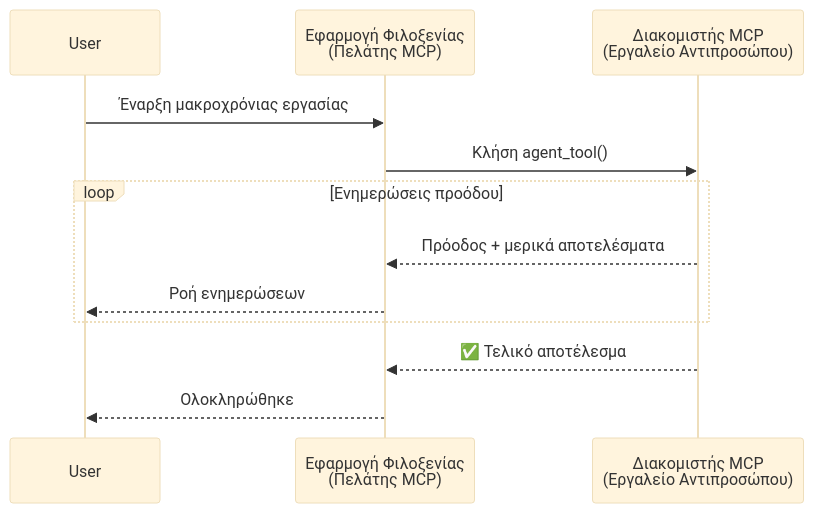
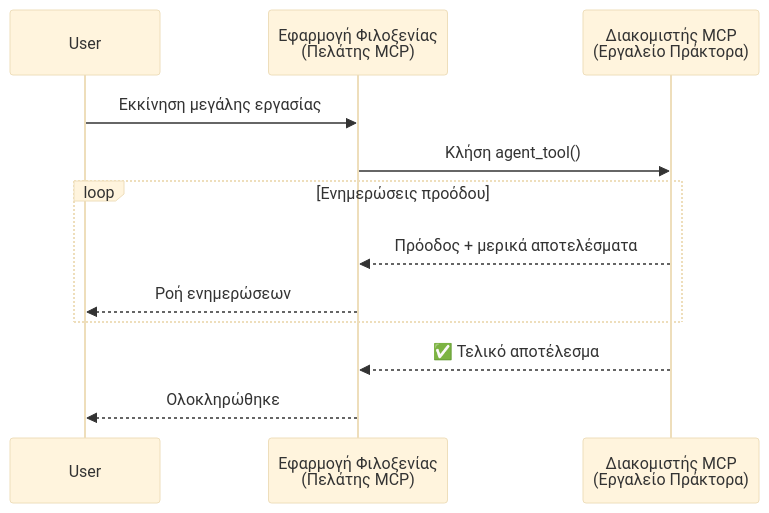
The first of 5 diagrams in mirrors/repos/microsoft@ai-agents-for-beginners/translations/el/11-agentic-protocols/code_samples/mcp-agents/README.md (gabrielmoreira/agent-skills-mirror), drawn with Mermaid (base theme) before and after one commit. The commit also changed other lines of this file and 4262 other files, not shown here.

````diff
--- a/mirrors/repos/microsoft@ai-agents-for-beginners/translations/el/11-agentic-protocols/code_samples/mcp-agents/README.md
+++ b/mirrors/repos/microsoft@ai-agents-for-beginners/translations/el/11-agentic-protocols/code_samples/mcp-agents/README.md
@@ -46,17 +46,17 @@
 ```mermaid
 sequenceDiagram
     participant User
     participant Host as Εφαρμογή Φιλοξενίας<br/>(Πελάτης MCP)
-    participant Server as Διακομιστής MCP<br/>(Εργαλείο Αντιπροσώπου)
+    participant Server as Διακομιστής MCP<br/>(Εργαλείο Πράκτορα)
 
-    User->>Host: Έναρξη μακροχρόνιας εργασίας
+    User->>Host: Εκκίνηση μεγάλης εργασίας
     Host->>Server: Κλήση agent_tool()
 
     loop Ενημερώσεις προόδου
         Server-->>Host: Πρόοδος + μερικά αποτελέσματα
         Host-->>User: Ροή ενημερώσεων
     end
 
     Server-->>Host: ✅ Τελικό αποτέλεσμα
     Host-->>User: Ολοκληρώθηκε
 ```
````
